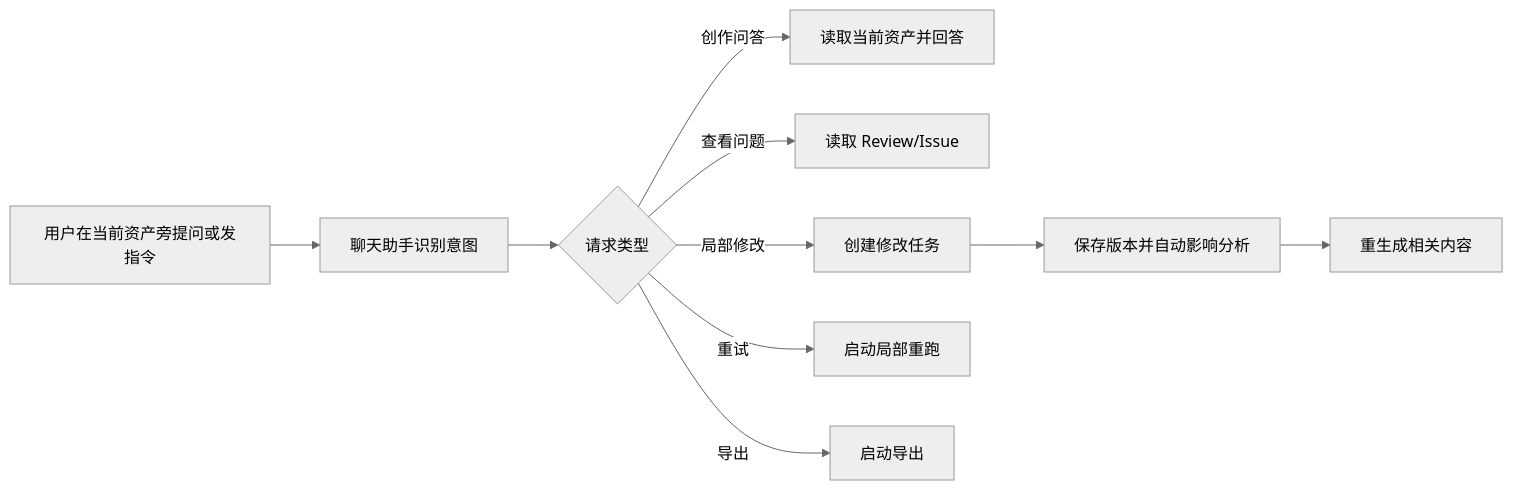
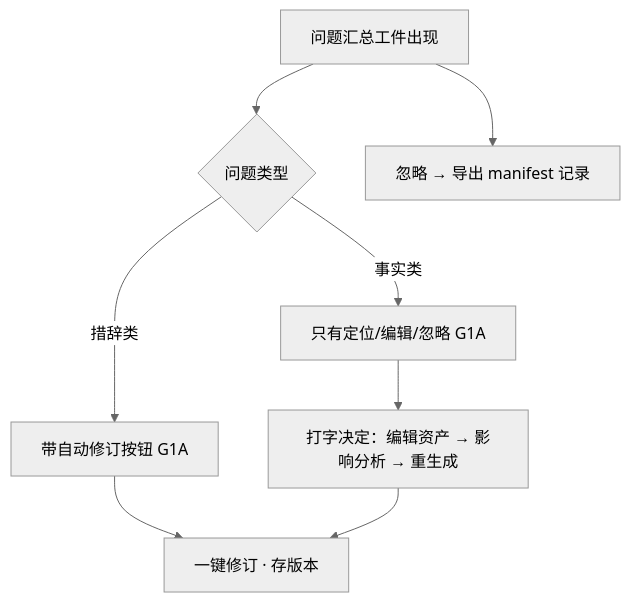
One commit to zhanglun/get-off-work-early changed the third of 3 diagrams in mastra-short-drama-agent/docs/user-flows.md. Above: the diagram before and after it, drawn with Mermaid (neutral theme). The commit also changed other lines of this file and 8 other files, not shown here.

````diff
--- a/mastra-short-drama-agent/docs/user-flows.md
+++ b/mastra-short-drama-agent/docs/user-flows.md
@@ -222,12 +74,10 @@
 ```mermaid
-flowchart LR
-    A[用户在当前资产旁提问或发指令] --> B[聊天助手识别意图]
-    B --> C{请求类型}
-    C -->|创作问答| D[读取当前资产并回答]
-    C -->|查看问题| E[读取 Review/Issue]
-    C -->|局部修改| F[创建修改任务]
-    C -->|重试| G[启动局部重跑]
-    C -->|导出| H[启动导出]
-    F --> I[保存版本并自动影响分析]
-    I --> J[重生成相关内容]
+flowchart TD
+    A[问题汇总工件出现] --> B{问题类型}
+    B -->|措辞类| C[带自动修订按钮 G1A]
+    B -->|事实类| D[只有定位/编辑/忽略 G1A]
+    C --> E[一键修订 · 存版本]
+    D --> F[打字决定：编辑资产 → 影响分析 → 重生成]
+    F --> E
+    A --> G[忽略 → 导出 manifest 记录]
 ```
````
